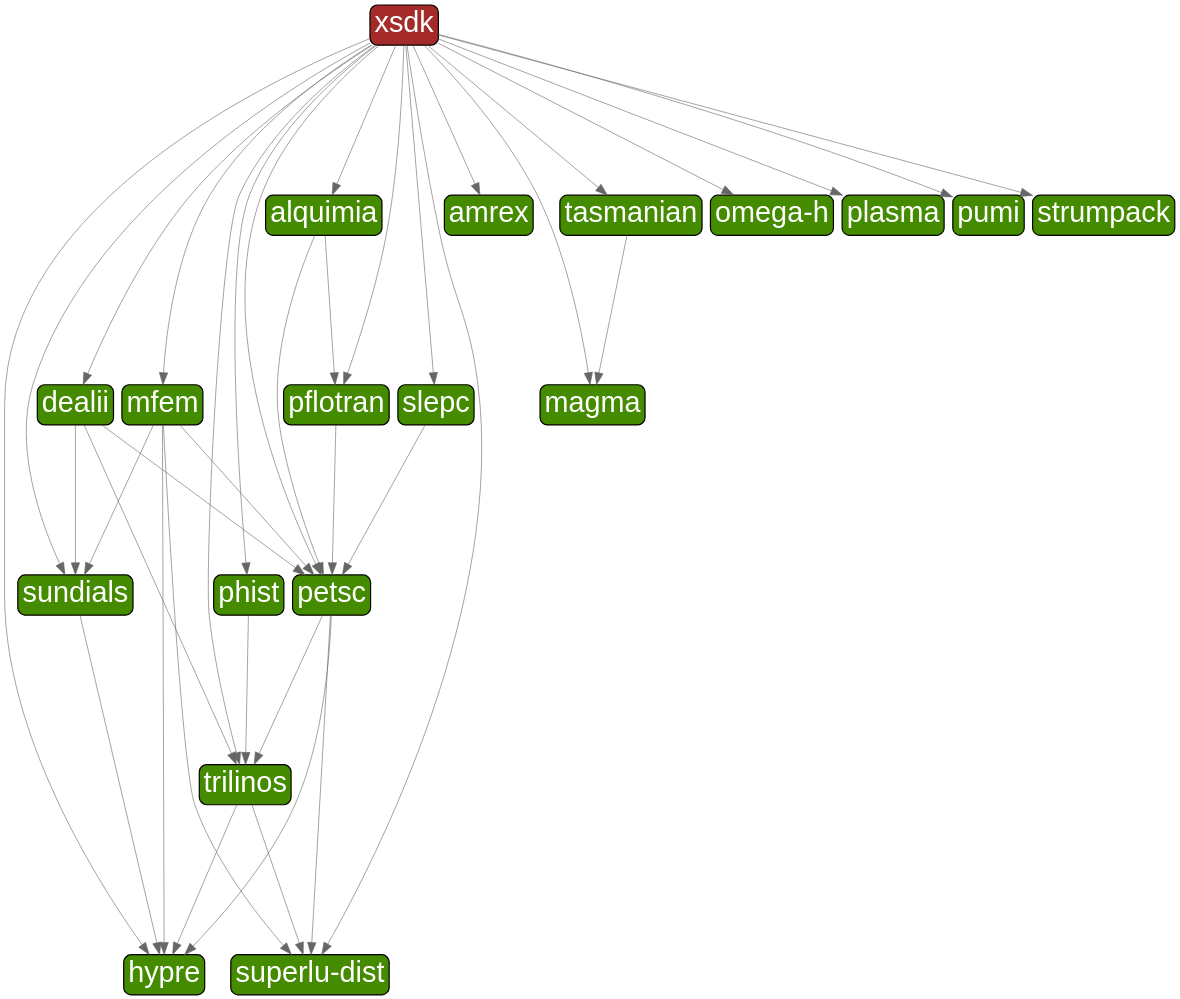
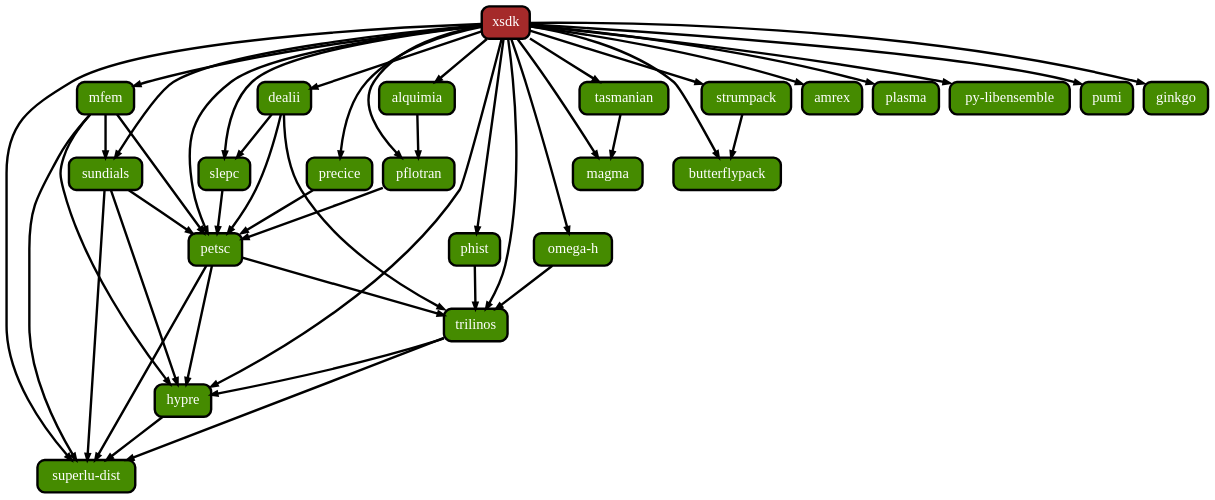
The diagram in xsdk_pkgsonly.dot (xsdk-project/xsdk-diagram), drawn with Graphviz before and after one commit. The commit also changed 3 other files, not shown here.

Commit message:
create packages only graph and add magma

```diff
--- a/xsdk_pkgsonly.dot
+++ b/xsdk_pkgsonly.dot
@@ -1,80 +1,87 @@
 digraph G {
   labelloc = "b"
   rankdir = "TB"
   ranksep = "1"
-  ratio = ".9"
-  nodesep = ".2"
-  bgcolor = "transparent"
-edge[
-     penwidth = "1"
-     color = "#666666"
-     arrowsize = "2"
-]
-node[
-     fontname=Arial,
-     penwidth=2,
-     fontsize=48,
-     margin=.1,
+  edge[
+     penwidth=4  ]
+  node[
+     fontname=Monaco,
+     penwidth=4,
+     fontsize=24,
+     margin=.2,
      shape=box,
      fillcolor=brown,
      fontcolor=white,
-     style="rounded,filled"]
+     style="rounded,filled"  ]
 
-  "xsdk" [label="xsdk"]
-  "alquimia" [label="alquimia",fillcolor="chartreuse4"]
-  "petsc" [label="petsc",fillcolor="chartreuse4"]
-  "hypre" [label="hypre",fillcolor="chartreuse4"]
-  "superlu-dist" [label="superlu-dist",fillcolor="chartreuse4"]
-  "trilinos" [label="trilinos",fillcolor="chartreuse4"]
-  "pflotran" [label="pflotran",fillcolor="chartreuse4"]
-  "amrex" [label="amrex",fillcolor="chartreuse4"]
-  "dealii" [label="dealii",fillcolor="chartreuse4"]
-  "sundials" [label="sundials",fillcolor="chartreuse4"]
-  "magma" [label="magma",fillcolor="chartreuse4"]
-  "mfem" [label="mfem",fillcolor="chartreuse4"]
-  "omega-h" [label="omega-h",fillcolor="chartreuse4"]
-  "phist" [label="phist",fillcolor="chartreuse4"]
-  "plasma" [label="plasma",fillcolor="chartreuse4"]
-  "pumi" [label="pumi",fillcolor="chartreuse4"]
-  "slepc" [label="slepc",fillcolor="chartreuse4"]
-  "strumpack" [label="strumpack",fillcolor="chartreuse4"]
-  "tasmanian" [label="tasmanian",fillcolor="chartreuse4"]
+  "vxkw6axoyqnxbzhm757aftnpyzfxnrnh" [fillcolor=chartreuse4, label="sundials"]
+  "ogoduruxhivphtnrm5iw54p7owc32fil" [fillcolor=chartreuse4, label="pflotran"]
+  "i3qsw6qybsk3jajzlsebdz2oa3lupfww" [fillcolor=chartreuse4, label="magma"]
+  "3bsf2gwsplov7yg6h6j2qkrypuqhw2n5" [label="xsdk"]
+  "u2ie4mycr4ugxoda7rtt4ukcwlft775q" [fillcolor=chartreuse4, label="butterflypack"]
+  "bf2j4wpyfhy5wnw5ufx5gewmsnukv5o2" [fillcolor=chartreuse4, label="amrex"]
+  "igz7cztywsgf3j6rl3nwzmso5iobos57" [fillcolor=chartreuse4, label="omega-h"]
+  "g5xuwd6wntqlertqazthpyx4r4niw4wy" [fillcolor=chartreuse4, label="slepc"]
+  "6olhmyu5ahuemrjkfeaqwhcytmoqsw6f" [fillcolor=chartreuse4, label="plasma"]
+  "5yuwhvfvsw2igjvul4ofawsgyxsjit5s" [fillcolor=chartreuse4, label="py-libensemble"]
+  "6pzpw3ytvkzyvwo4g3fevp3rxfgp24eg" [fillcolor=chartreuse4, label="dealii"]
+  "72rnz4jy4erijxsg2k5riktxaur62oht" [fillcolor=chartreuse4, label="alquimia"]
+  "tiigylkurixvuf6zoq4hfcpxqj532wun" [fillcolor=chartreuse4, label="strumpack"]
+  "sso7dts2ujz7btjoaoyebynxotlavjby" [fillcolor=chartreuse4, label="tasmanian"]
+  "k2kpo4kgnlazmxsb2yvre2baxcycnuul" [fillcolor=chartreuse4, label="pumi"]
+  "fiirrckvfdofa7vxreyye5d2pzuzx2kq" [fillcolor=chartreuse4, label="superlu-dist"]
+  "wniu3rsthceuc2pwvurixqjztlu2eaes" [fillcolor=chartreuse4, label="mfem"]
+  "zmt2y4g4ragnrrj2n7p2umquauspemfr" [fillcolor=chartreuse4, label="precice"]
+  "awap2lxtn3ieyvog3gopmnlsvw5uct2t" [fillcolor=chartreuse4, label="ginkgo"]
+  "en3ibmjrxarczhrptd4imvc6jdqupxxs" [fillcolor=chartreuse4, label="phist"]
+  "vipjljsq3l6iyov6uefgom7wsomfa5g7" [fillcolor=chartreuse4, label="petsc"]
+  "qvwmdggbatjbfqawuqg26lg5hwobgx3f" [fillcolor=chartreuse4, label="hypre"]
+  "s5353jlq47xttcpvmjfcxwhcbmayk2oa" [fillcolor=chartreuse4, label="trilinos"]
 
-  "xsdk" -> "plasma"
-  "petsc" -> "superlu-dist"
-  "xsdk" -> "magma"
-  "xsdk" -> "dealii"
-  "xsdk" -> "superlu-dist"
-  "xsdk" -> "alquimia"
-  "mfem" -> "sundials"
-  "xsdk" -> "phist"
-  "alquimia" -> "petsc"
-  "xsdk" -> "petsc"
-  "alquimia" -> "pflotran"
-  "xsdk" -> "omega-h"
-  "dealii" -> "trilinos"
-  "pflotran" -> "petsc"
-  "sundials" -> "hypre"
-  "mfem" -> "superlu-dist"
-  "xsdk" -> "pflotran"
-  "slepc" -> "petsc"
-  "mfem" -> "hypre"
-  "xsdk" -> "pumi"
-  "dealii" -> "sundials"
-  "petsc" -> "hypre"
-  "xsdk" -> "amrex"
-  "dealii" -> "petsc"
-  "xsdk" -> "slepc"
-  "trilinos" -> "hypre"
-  "trilinos" -> "superlu-dist"
-  "xsdk" -> "hypre"
-  "petsc" -> "trilinos"
-  "phist" -> "trilinos"
-  "tasmanian" -> "magma"
-  "xsdk" -> "mfem"
-  "xsdk" -> "sundials"
-  "xsdk" -> "trilinos"
-  "xsdk" -> "strumpack"
-  "xsdk" -> "tasmanian"
-  "mfem" -> "petsc"
+  "3bsf2gwsplov7yg6h6j2qkrypuqhw2n5" -> "ogoduruxhivphtnrm5iw54p7owc32fil"
+  "vxkw6axoyqnxbzhm757aftnpyzfxnrnh" -> "vipjljsq3l6iyov6uefgom7wsomfa5g7"
+  "zmt2y4g4ragnrrj2n7p2umquauspemfr" -> "vipjljsq3l6iyov6uefgom7wsomfa5g7"
+  "3bsf2gwsplov7yg6h6j2qkrypuqhw2n5" -> "bf2j4wpyfhy5wnw5ufx5gewmsnukv5o2"
+  "3bsf2gwsplov7yg6h6j2qkrypuqhw2n5" -> "awap2lxtn3ieyvog3gopmnlsvw5uct2t"
+  "3bsf2gwsplov7yg6h6j2qkrypuqhw2n5" -> "6pzpw3ytvkzyvwo4g3fevp3rxfgp24eg"
+  "wniu3rsthceuc2pwvurixqjztlu2eaes" -> "vxkw6axoyqnxbzhm757aftnpyzfxnrnh"
+  "6pzpw3ytvkzyvwo4g3fevp3rxfgp24eg" -> "g5xuwd6wntqlertqazthpyx4r4niw4wy"
+  "3bsf2gwsplov7yg6h6j2qkrypuqhw2n5" -> "6olhmyu5ahuemrjkfeaqwhcytmoqsw6f"
+  "3bsf2gwsplov7yg6h6j2qkrypuqhw2n5" -> "fiirrckvfdofa7vxreyye5d2pzuzx2kq"
+  "6pzpw3ytvkzyvwo4g3fevp3rxfgp24eg" -> "s5353jlq47xttcpvmjfcxwhcbmayk2oa"
+  "3bsf2gwsplov7yg6h6j2qkrypuqhw2n5" -> "qvwmdggbatjbfqawuqg26lg5hwobgx3f"
+  "wniu3rsthceuc2pwvurixqjztlu2eaes" -> "qvwmdggbatjbfqawuqg26lg5hwobgx3f"
+  "3bsf2gwsplov7yg6h6j2qkrypuqhw2n5" -> "igz7cztywsgf3j6rl3nwzmso5iobos57"
+  "3bsf2gwsplov7yg6h6j2qkrypuqhw2n5" -> "vipjljsq3l6iyov6uefgom7wsomfa5g7"
+  "s5353jlq47xttcpvmjfcxwhcbmayk2oa" -> "fiirrckvfdofa7vxreyye5d2pzuzx2kq"
+  "3bsf2gwsplov7yg6h6j2qkrypuqhw2n5" -> "5yuwhvfvsw2igjvul4ofawsgyxsjit5s"
+  "3bsf2gwsplov7yg6h6j2qkrypuqhw2n5" -> "i3qsw6qybsk3jajzlsebdz2oa3lupfww"
+  "s5353jlq47xttcpvmjfcxwhcbmayk2oa" -> "qvwmdggbatjbfqawuqg26lg5hwobgx3f"
+  "3bsf2gwsplov7yg6h6j2qkrypuqhw2n5" -> "vxkw6axoyqnxbzhm757aftnpyzfxnrnh"
+  "3bsf2gwsplov7yg6h6j2qkrypuqhw2n5" -> "g5xuwd6wntqlertqazthpyx4r4niw4wy"
+  "g5xuwd6wntqlertqazthpyx4r4niw4wy" -> "vipjljsq3l6iyov6uefgom7wsomfa5g7"
+  "tiigylkurixvuf6zoq4hfcpxqj532wun" -> "u2ie4mycr4ugxoda7rtt4ukcwlft775q"
+  "sso7dts2ujz7btjoaoyebynxotlavjby" -> "i3qsw6qybsk3jajzlsebdz2oa3lupfww"
+  "3bsf2gwsplov7yg6h6j2qkrypuqhw2n5" -> "s5353jlq47xttcpvmjfcxwhcbmayk2oa"
+  "3bsf2gwsplov7yg6h6j2qkrypuqhw2n5" -> "u2ie4mycr4ugxoda7rtt4ukcwlft775q"
+  "vipjljsq3l6iyov6uefgom7wsomfa5g7" -> "qvwmdggbatjbfqawuqg26lg5hwobgx3f"
+  "3bsf2gwsplov7yg6h6j2qkrypuqhw2n5" -> "en3ibmjrxarczhrptd4imvc6jdqupxxs"
+  "vipjljsq3l6iyov6uefgom7wsomfa5g7" -> "fiirrckvfdofa7vxreyye5d2pzuzx2kq"
+  "vxkw6axoyqnxbzhm757aftnpyzfxnrnh" -> "qvwmdggbatjbfqawuqg26lg5hwobgx3f"
+  "3bsf2gwsplov7yg6h6j2qkrypuqhw2n5" -> "k2kpo4kgnlazmxsb2yvre2baxcycnuul"
+  "3bsf2gwsplov7yg6h6j2qkrypuqhw2n5" -> "sso7dts2ujz7btjoaoyebynxotlavjby"
+  "wniu3rsthceuc2pwvurixqjztlu2eaes" -> "vipjljsq3l6iyov6uefgom7wsomfa5g7"
+  "vxkw6axoyqnxbzhm757aftnpyzfxnrnh" -> "fiirrckvfdofa7vxreyye5d2pzuzx2kq"
+  "3bsf2gwsplov7yg6h6j2qkrypuqhw2n5" -> "tiigylkurixvuf6zoq4hfcpxqj532wun"
+  "vipjljsq3l6iyov6uefgom7wsomfa5g7" -> "s5353jlq47xttcpvmjfcxwhcbmayk2oa"
+  "qvwmdggbatjbfqawuqg26lg5hwobgx3f" -> "fiirrckvfdofa7vxreyye5d2pzuzx2kq"
+  "wniu3rsthceuc2pwvurixqjztlu2eaes" -> "fiirrckvfdofa7vxreyye5d2pzuzx2kq"
+  "en3ibmjrxarczhrptd4imvc6jdqupxxs" -> "s5353jlq47xttcpvmjfcxwhcbmayk2oa"
+  "3bsf2gwsplov7yg6h6j2qkrypuqhw2n5" -> "zmt2y4g4ragnrrj2n7p2umquauspemfr"
+  "72rnz4jy4erijxsg2k5riktxaur62oht" -> "ogoduruxhivphtnrm5iw54p7owc32fil"
+  "igz7cztywsgf3j6rl3nwzmso5iobos57" -> "s5353jlq47xttcpvmjfcxwhcbmayk2oa"
+  "3bsf2gwsplov7yg6h6j2qkrypuqhw2n5" -> "72rnz4jy4erijxsg2k5riktxaur62oht"
+  "3bsf2gwsplov7yg6h6j2qkrypuqhw2n5" -> "wniu3rsthceuc2pwvurixqjztlu2eaes"
+  "ogoduruxhivphtnrm5iw54p7owc32fil" -> "vipjljsq3l6iyov6uefgom7wsomfa5g7"
+  "6pzpw3ytvkzyvwo4g3fevp3rxfgp24eg" -> "vipjljsq3l6iyov6uefgom7wsomfa5g7"
 }
```
